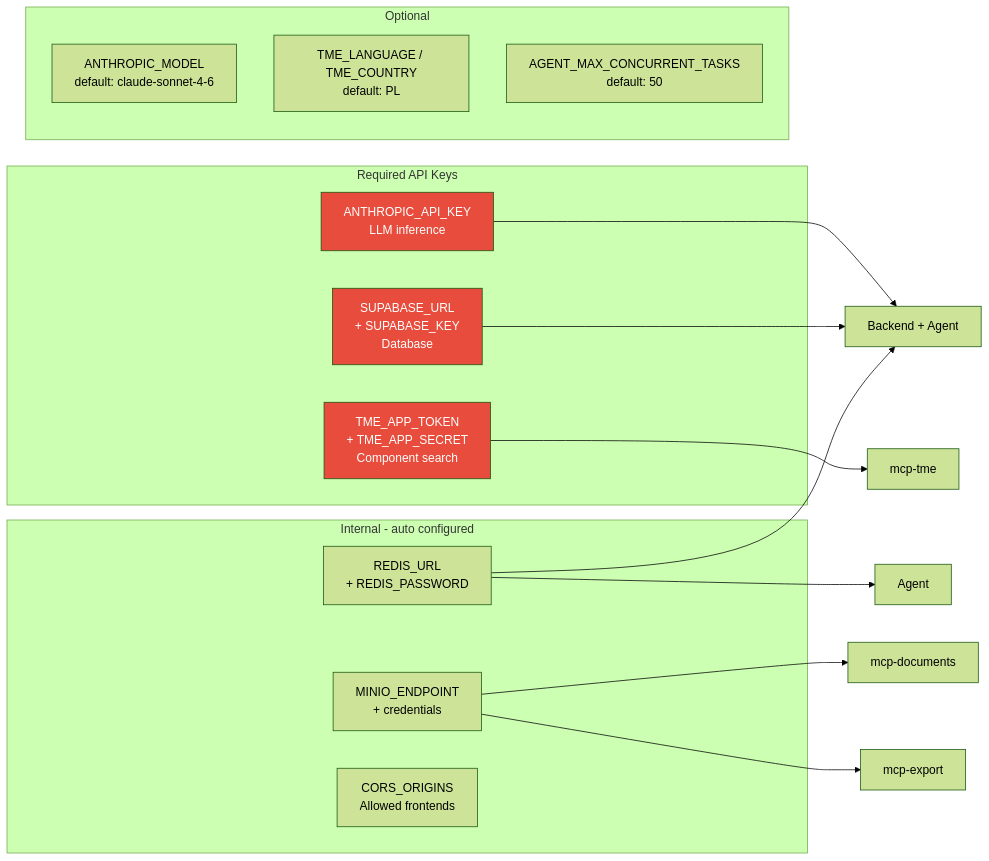
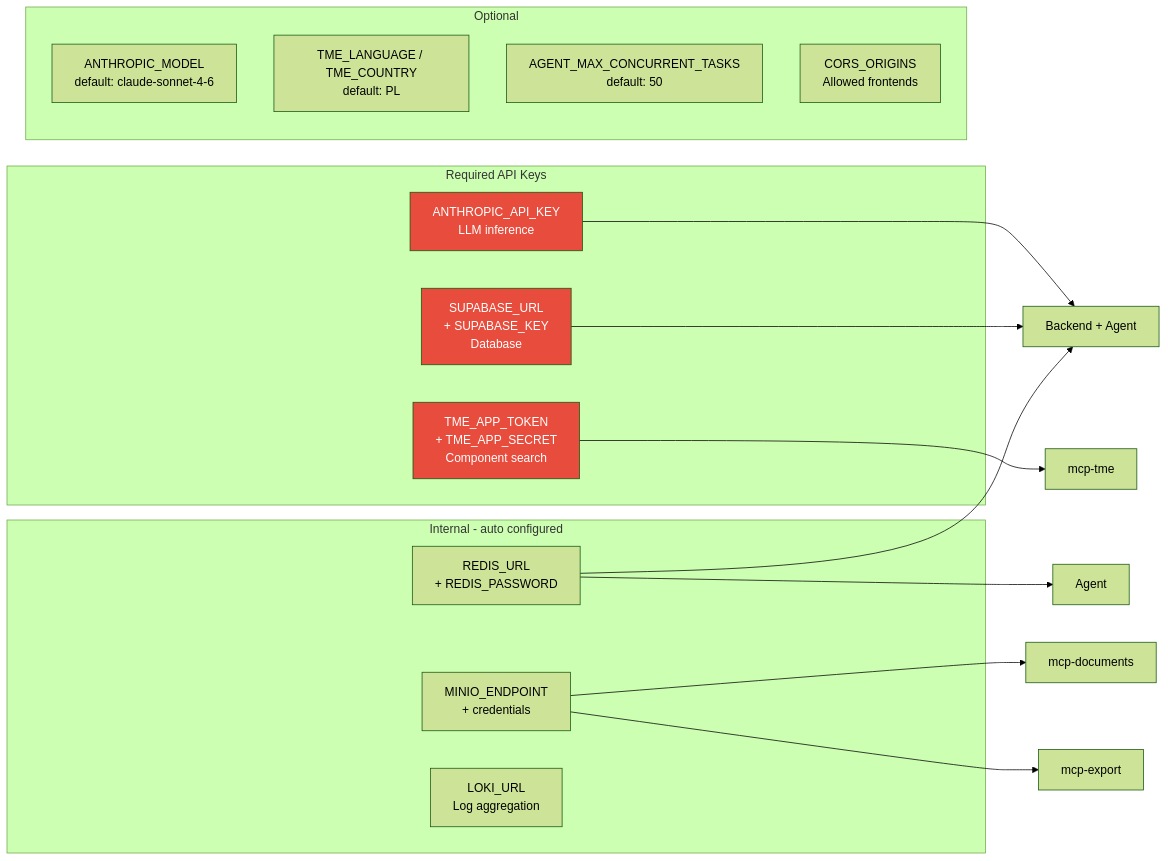
The fifth of 5 diagrams in README.md (MrFishPL/zane), drawn with Mermaid (forest theme) before and after one commit. The commit also changed other lines of this file and 1 other file, not shown here.

Commit message:
docs: fix diagrams to reflect PDF removal and correct env var categories
Phase 2 label referenced "extracted text" which no longer exists after
PDF support was removed. CORS_ORIGINS moved to Optional, LOKI_URL added
to Internal to match actual .env.example.

````diff
--- a/README.md
+++ b/README.md
@@ -195,32 +195,33 @@
 ```mermaid
 graph LR
     subgraph Required API Keys
         A1[ANTHROPIC_API_KEY<br/>LLM inference]
         A2[TME_APP_TOKEN<br/>+ TME_APP_SECRET<br/>Component search]
         A3[SUPABASE_URL<br/>+ SUPABASE_KEY<br/>Database]
     end
 
     subgraph Internal - auto configured
         I1[REDIS_URL<br/>+ REDIS_PASSWORD]
         I2[MINIO_ENDPOINT<br/>+ credentials]
-        I3[CORS_ORIGINS<br/>Allowed frontends]
+        I3[LOKI_URL<br/>Log aggregation]
     end
 
     subgraph Optional
         O1[ANTHROPIC_MODEL<br/>default: claude-sonnet-4-6]
         O2[TME_LANGUAGE / TME_COUNTRY<br/>default: PL]
         O3[AGENT_MAX_CONCURRENT_TASKS<br/>default: 50]
+        O4[CORS_ORIGINS<br/>Allowed frontends]
     end
 
     A1 --> BE[Backend + Agent]
     A2 --> MTME[mcp-tme]
     A3 --> BE
     I1 --> BE
     I1 --> AGT[Agent]
     I2 --> MDOC[mcp-documents]
     I2 --> MEXP[mcp-export]
 
     style A1 fill:#e74c3c,color:#fff
     style A2 fill:#e74c3c,color:#fff
     style A3 fill:#e74c3c,color:#fff
 ```
````
